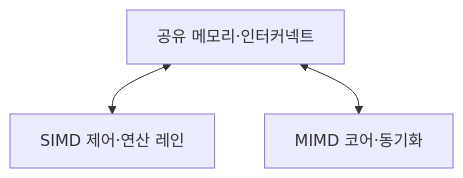
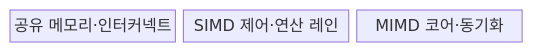
The first of 2 diagrams in src/content/docs/notes/02-hardware/053_simd_mimd.md (agnusdei1207/knowledge-base), drawn with Mermaid before and after one commit. The commit also changed other lines of this file and 20 other files, not shown here.

````diff
--- a/src/content/docs/notes/02-hardware/053_simd_mimd.md
+++ b/src/content/docs/notes/02-hardware/053_simd_mimd.md
@@ -63,5 +61,7 @@
 ```mermaid
-flowchart TB
-    M[공유 메모리·인터커넥트] <--> S[SIMD 제어·연산 레인]
-    M <--> C[MIMD 코어·동기화]
+block
+    columns 3
+    M["공유 메모리·인터커넥트"]
+    S["SIMD 제어·연산 레인"]
+    C["MIMD 코어·동기화"]
 ```
````
